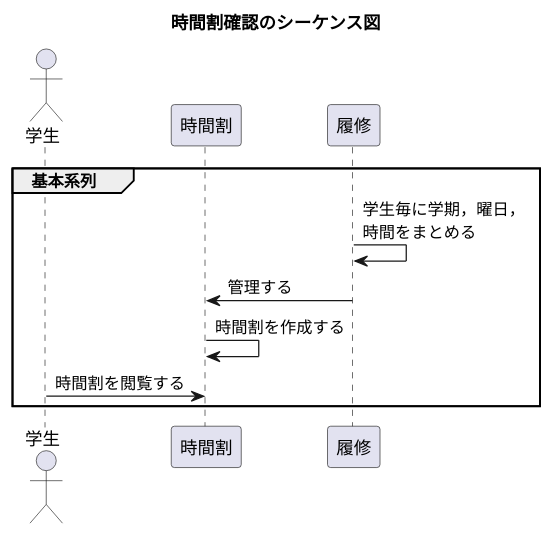
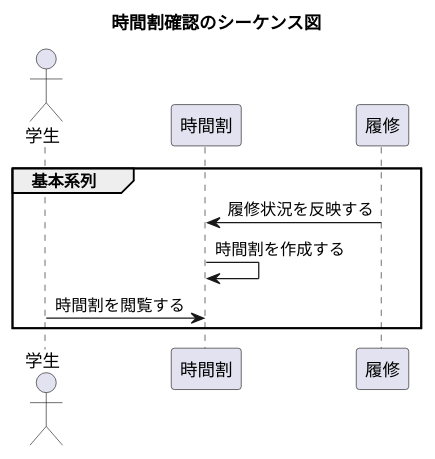
Before and after one commit to tanusai646/software-desine: the diagram in uml/15/sequence3.puml, drawn with PlantUML. The commit also changed other lines of this file and 6 other files, not shown here.

Commit message:
シーケンス図の修正

```diff
--- a/uml/15/sequence3.puml
+++ b/uml/15/sequence3.puml
@@ -2,16 +1,15 @@
-@startuml 時間割閲覧のシーケンス図
+@startuml 6-3
 title 時間割確認のシーケンス図
 'クラス等
 actor 学生 as foo1
 participant 時間割 as foo3
 participant 履修 as foo2
 
 
 group 基本系列
-    foo2 -> foo2 : 学生毎に学期，曜日，\n時間をまとめる
-    foo2 -> foo3 : 管理する
+    foo2 -> foo3 : 履修状況を反映する
     foo3 -> foo3 : 時間割を作成する
     foo1 -> foo3 : 時間割を閲覧する
 end
 
 @enduml
```
